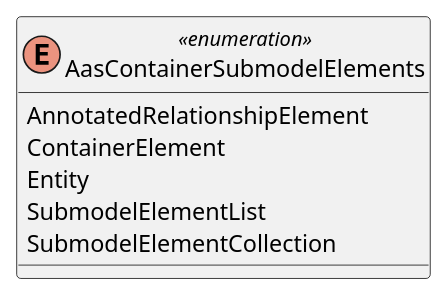
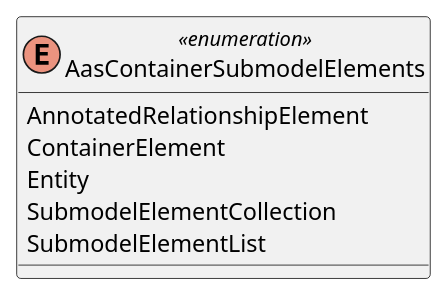
The diagram in documentation/IDTA-01001/modules/ROOT/partials/diagrams/classes/enum-aas-container-submodel-elements.puml (admin-shell-io/aas-specs), drawn with PlantUML before and after one commit. The commit also changed other lines of this file, not shown here.

Commit message:
Bo-34 make order alphabetical of AasContainerSubmodelElements

```diff
--- a/documentation/IDTA-01001/modules/ROOT/partials/diagrams/classes/enum-aas-container-submodel-elements.puml
+++ b/documentation/IDTA-01001/modules/ROOT/partials/diagrams/classes/enum-aas-container-submodel-elements.puml
@@ -1,9 +1,9 @@
 @startuml
 enum AasContainerSubmodelElements <<enumeration>> {
   AnnotatedRelationshipElement
   ContainerElement
   Entity
+  SubmodelElementCollection
   SubmodelElementList
-  SubmodelElementCollection
 }
 @enduml
```
